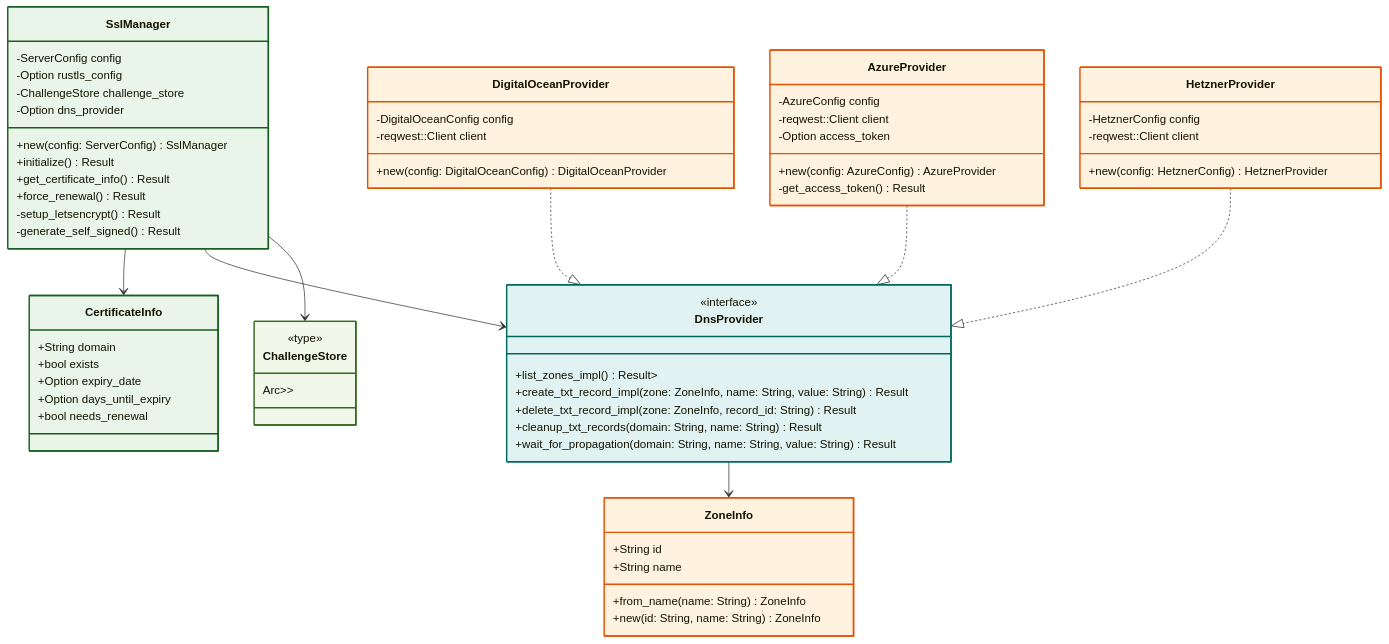
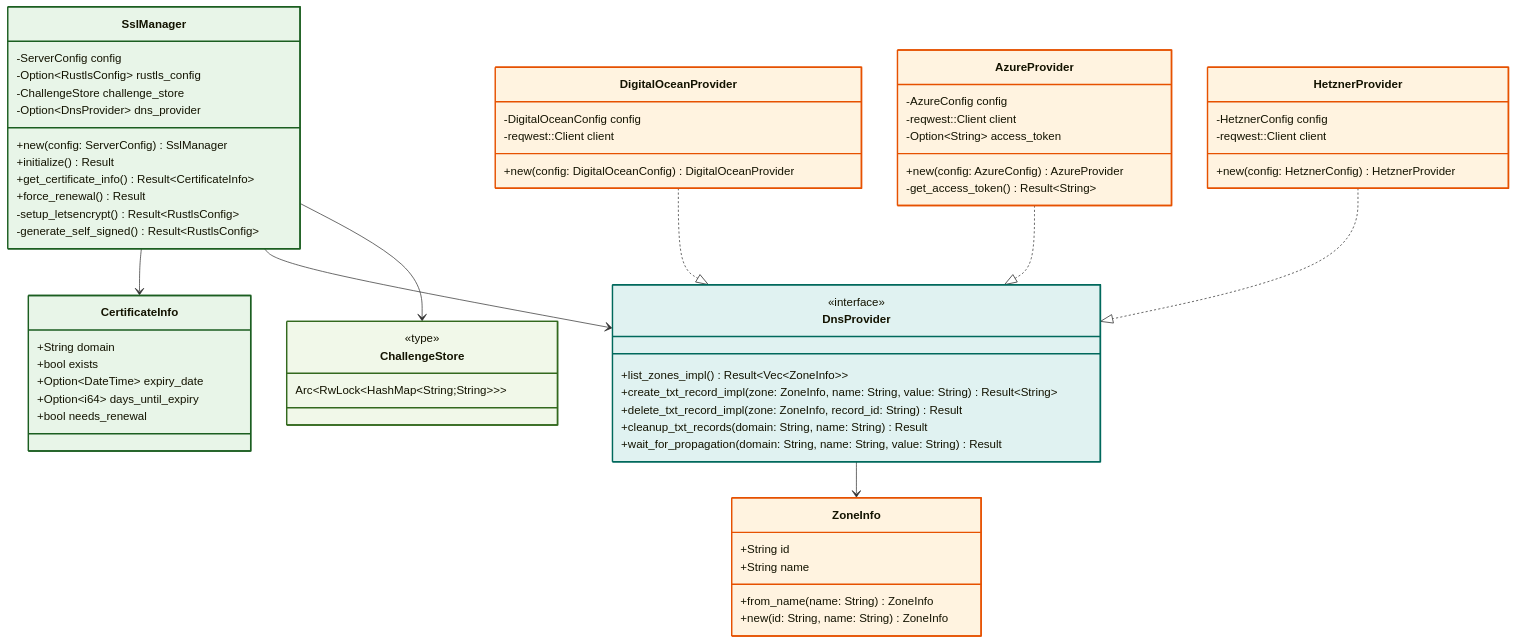
The second of 3 diagrams in docs/exposeme_class_diagram.md (arch7tect/exposeme), drawn with Mermaid before and after one commit. The commit also changed other lines of this file, not shown here.

````diff
--- a/docs/exposeme_class_diagram.md
+++ b/docs/exposeme_class_diagram.md
@@ -118,79 +118,79 @@
 ```mermaid
 classDiagram
     class SslManager:::ssl {
         -ServerConfig config
-        -Option<RustlsConfig> rustls_config
+        -Option~RustlsConfig~ rustls_config
         -ChallengeStore challenge_store
-        -Option<DnsProvider> dns_provider
+        -Option~DnsProvider~ dns_provider
         +new(config: ServerConfig) SslManager
         +initialize() Result
-        +get_certificate_info() Result<CertificateInfo>
+        +get_certificate_info() Result~CertificateInfo~
         +force_renewal() Result
-        -setup_letsencrypt() Result<RustlsConfig>
-        -generate_self_signed() Result<RustlsConfig>
+        -setup_letsencrypt() Result~RustlsConfig~
+        -generate_self_signed() Result~RustlsConfig~
     }
 
     class CertificateInfo:::ssl {
         +String domain
         +bool exists
-        +Option<DateTime> expiry_date
-        +Option<i64> days_until_expiry
+        +Option~DateTime~ expiry_date
+        +Option~i64~ days_until_expiry
         +bool needs_renewal
     }
 
     class DnsProvider:::interface {
         <<interface>>
-        +list_zones_impl() Result<Vec<ZoneInfo>>
-        +create_txt_record_impl(zone: ZoneInfo, name: String, value: String) Result<String>
+        +list_zones_impl() Result~Vec~ZoneInfo~~
+        +create_txt_record_impl(zone: ZoneInfo, name: String, value: String) Result~String~
         +delete_txt_record_impl(zone: ZoneInfo, record_id: String) Result
         +cleanup_txt_records(domain: String, name: String) Result
         +wait_for_propagation(domain: String, name: String, value: String) Result
     }
 
     class ZoneInfo:::dns {
         +String id
         +String name
         +from_name(name: String) ZoneInfo
         +new(id: String, name: String) ZoneInfo
     }
 
     class DigitalOceanProvider:::dns {
         -DigitalOceanConfig config
         -reqwest::Client client
         +new(config: DigitalOceanConfig) DigitalOceanProvider
     }
 
     class AzureProvider:::dns {
         -AzureConfig config
         -reqwest::Client client
-        -Option<String> access_token
+        -Option~String~ access_token
         +new(config: AzureConfig) AzureProvider
-        -get_access_token() Result<String>
+        -get_access_token() Result~String~
     }
 
     class HetznerProvider:::dns {
         -HetznerConfig config
         -reqwest::Client client
         +new(config: HetznerConfig) HetznerProvider
     }
 
     class ChallengeStore:::store {
         <<type>>
-        Arc<RwLock<HashMap<String, String>>>
+        Arc~RwLock~HashMap~String;String~~~
     }
 
     %% Relationships
     SslManager --> CertificateInfo
     SslManager --> DnsProvider
     SslManager --> ChallengeStore
     DigitalOceanProvider ..|> DnsProvider
     AzureProvider ..|> DnsProvider
     HetznerProvider ..|> DnsProvider
     DnsProvider --> ZoneInfo
 
     %% Styling
     classDef ssl fill:#e8f5e8,stroke:#1b5e20,stroke-width:2px;
     classDef dns fill:#fff3e0,stroke:#e65100,stroke-width:2px;
     classDef interface fill:#e0f2f1,stroke:#00695c,stroke-width:2px;
     classDef store fill:#f1f8e9,stroke:#33691e,stroke-width:2px;
 ```
````
